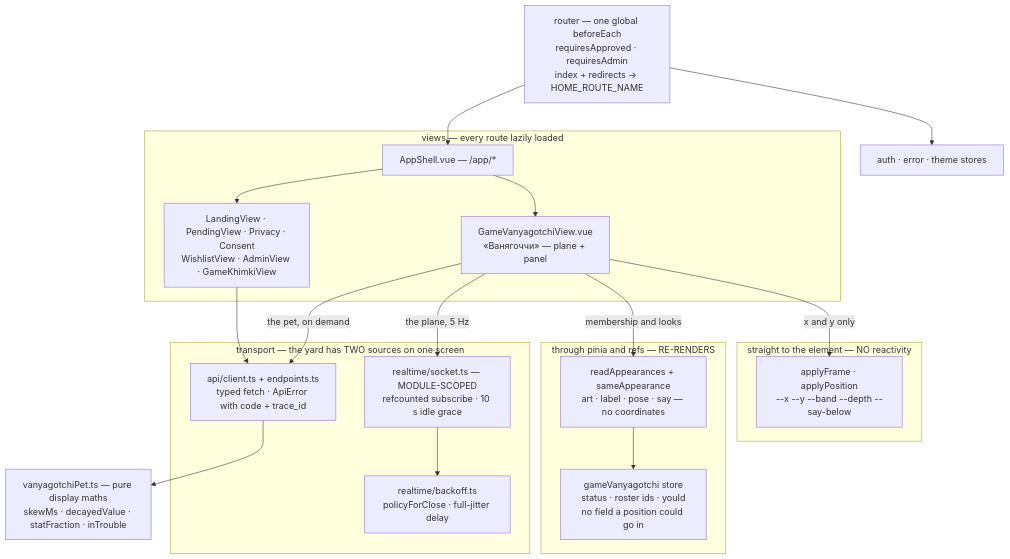
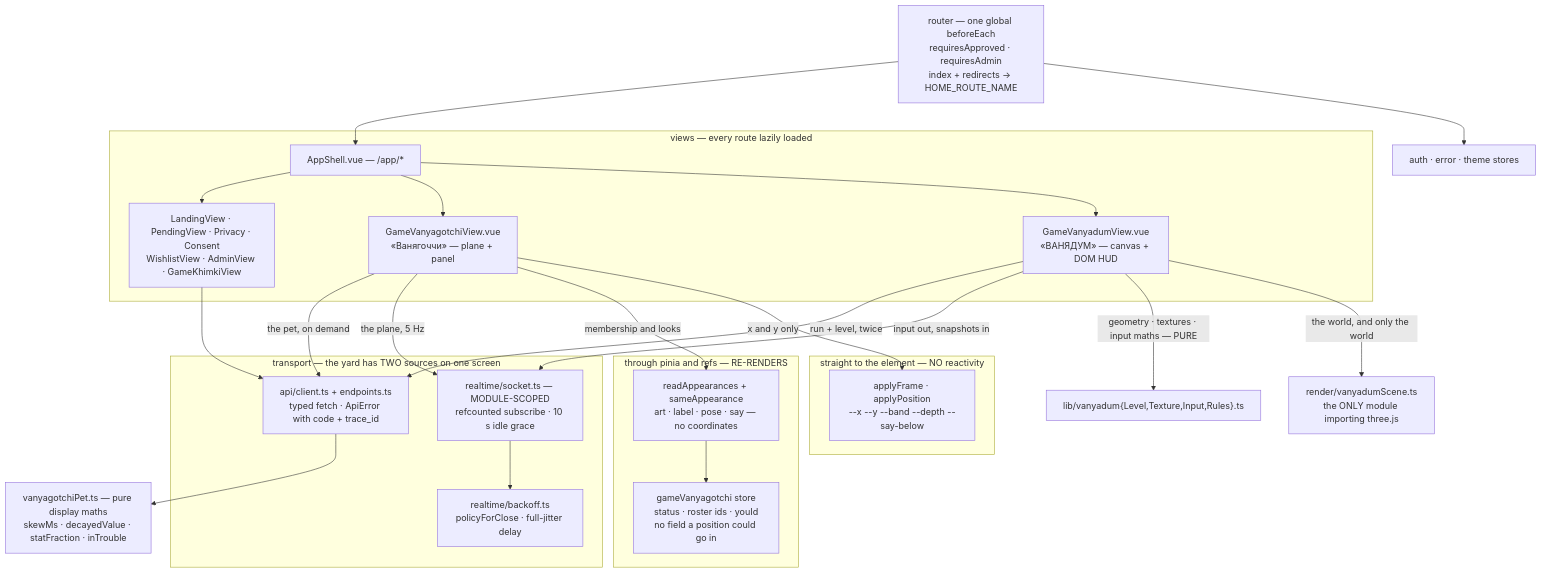
Diagram 11 of 12 in docs/ARCHITECTURE.md (SergeyZSpb/psycho-space), drawn with Mermaid before and after one commit. The commit also changed other lines of this file and 46 other files, not shown here.

````diff
--- a/docs/ARCHITECTURE.md
+++ b/docs/ARCHITECTURE.md
@@ -364,37 +416,42 @@
 ```mermaid
 flowchart TB
     ROUTER["router — one global beforeEach<br/>requiresApproved · requiresAdmin<br/>index + redirects → HOME_ROUTE_NAME"]
 
     subgraph routed["views — every route lazily loaded"]
         SHELL["AppShell.vue — /app/*"]
         OTHER["LandingView · PendingView · Privacy · Consent<br/>WishlistView · AdminView · GameKhimkiView"]
         V["GameVanyagotchiView.vue<br/>«Ванягоччи» — plane + panel"]
+        D["GameVanyadumView.vue<br/>«ВАНЯДУМ» — canvas + DOM HUD"]
     end
 
     subgraph net["transport — the yard has TWO sources on one screen"]
         HTTPC["api/client.ts + endpoints.ts<br/>typed fetch · ApiError with code + trace_id"]
         SOCK["realtime/socket.ts — MODULE-SCOPED<br/>refcounted subscribe · 10 s idle grace"]
         BACK["realtime/backoff.ts<br/>policyForClose · full-jitter delay"]
     end
 
     PET["vanyagotchiPet.ts — pure display maths<br/>skewMs · decayedValue · statFraction · inTrouble"]
 
     subgraph react["through pinia and refs — RE-RENDERS"]
         LOOKS["readAppearances + sameAppearance<br/>art · label · pose · say — no coordinates"]
         YARD["gameVanyagotchi store<br/>status · roster ids · youId<br/>no field a position could go in"]
     end
 
     subgraph imper["straight to the element — NO reactivity"]
         POS["applyFrame · applyPosition<br/>--x --y --band --depth --say-below"]
     end
 
     GLOBAL["auth · error · theme stores"]
 
-    ROUTER --> SHELL --> OTHER & V
+    ROUTER --> SHELL --> OTHER & V & D
     ROUTER --> GLOBAL
     OTHER --> HTTPC
     V -- "the pet, on demand" --> HTTPC --> PET
     V -- "the plane, 5 Hz" --> SOCK --> BACK
     V -- "membership and looks" --> LOOKS --> YARD
     V -- "x and y only" --> POS
+    D -- "run + level, twice" --> HTTPC
+    D -- "input out, snapshots in" --> SOCK
+    D -- "geometry · textures · input maths — PURE" --> PURE["lib/vanyadum{Level,Texture,Input,Rules}.ts"]
+    D -- "the world, and only the world" --> GL["render/vanyadumScene.ts<br/>the ONLY module importing three.js"]
 ```
````
